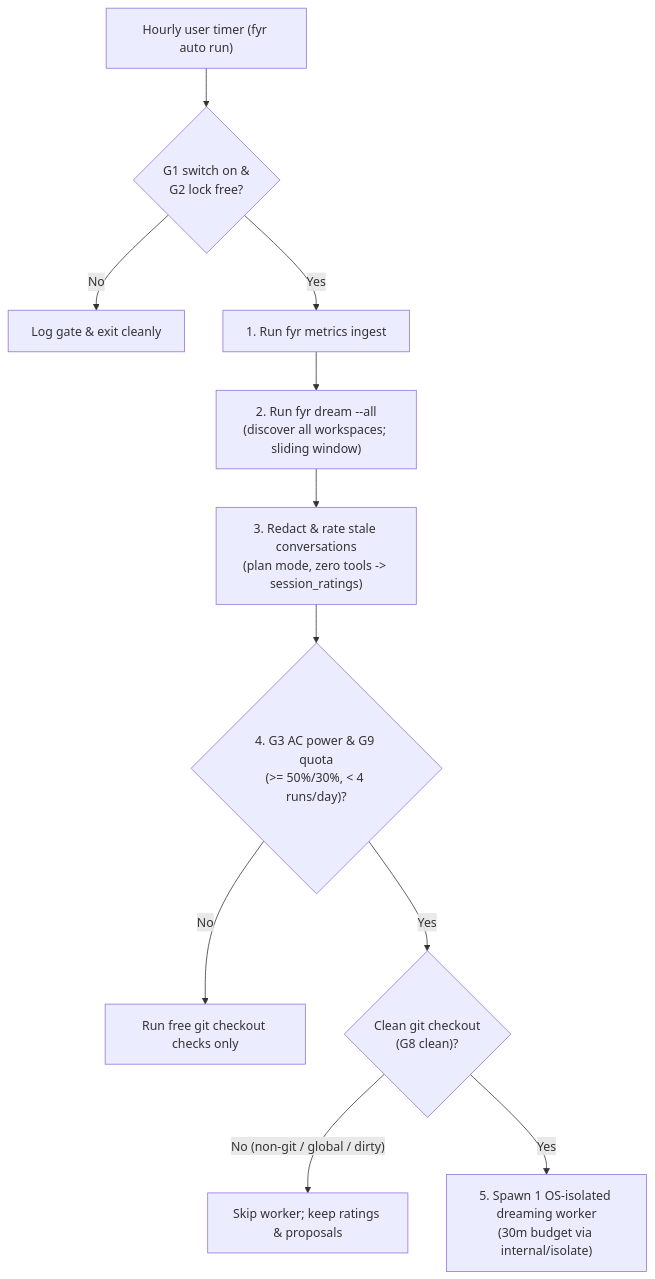
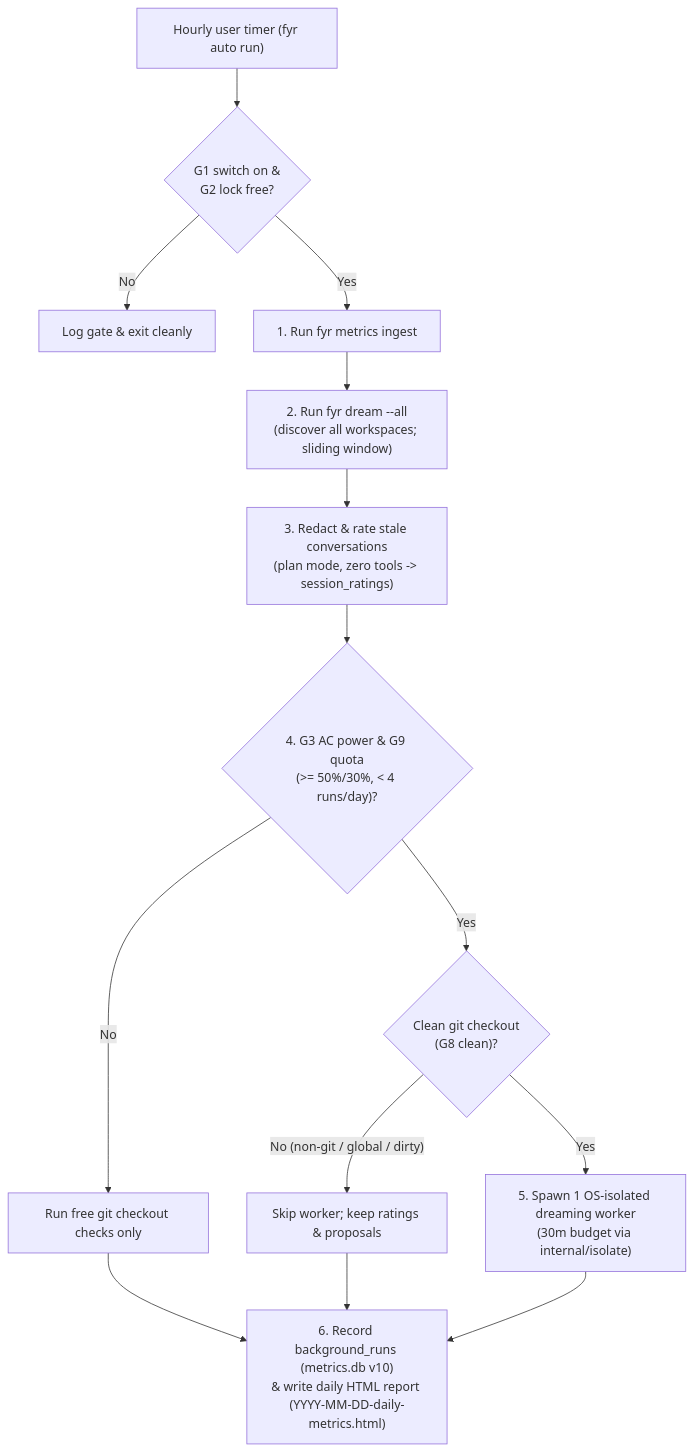
One commit to kesokaj/fyr changed the first of 2 diagrams in features/dream-and-auto.md. Above: the diagram before and after it, drawn with Mermaid. The commit also changed other lines of this file and 12 other files, not shown here.

Commit message:
docs, graph, metrics: v9.4.0 living specs, reviews, Playwright E2E, and Wave 4b closeout

````diff
--- a/features/dream-and-auto.md
+++ b/features/dream-and-auto.md
@@ -9,13 +9,16 @@
 ```mermaid
 flowchart TD
     timerTick["Hourly user timer (fyr auto run)"] --> g1Switch{"G1 switch on &\nG2 lock free?"}
     g1Switch -- "No" --> stopEarly["Log gate & exit cleanly"]
     g1Switch -- "Yes" --> ingestStep["1. Run fyr metrics ingest"]
     ingestStep --> dreamStep["2. Run fyr dream --all\n(discover all workspaces; sliding window)"]
     dreamStep --> rateStep["3. Redact & rate stale conversations\n(plan mode, zero tools -> session_ratings)"]
     rateStep --> machineGates{"4. G3 AC power & G9 quota\n(>= 50%/30%, < 4 runs/day)?"}
     machineGates -- "No" --> freeChecks["Run free git checkout checks only"]
     machineGates -- "Yes" --> workerGate{"Clean git checkout\n(G8 clean)?"}
     workerGate -- "No (non-git / global / dirty)" --> keepProposals["Skip worker; keep ratings & proposals"]
     workerGate -- "Yes" --> runWorker["5. Spawn 1 OS-isolated dreaming worker\n(30m budget via internal/isolate)"]
+    freeChecks --> finishStep["6. Record background_runs (metrics.db v10)\n& write daily HTML report (YYYY-MM-DD-daily-metrics.html)"]
+    keepProposals --> finishStep
+    runWorker --> finishStep
 ```
````
